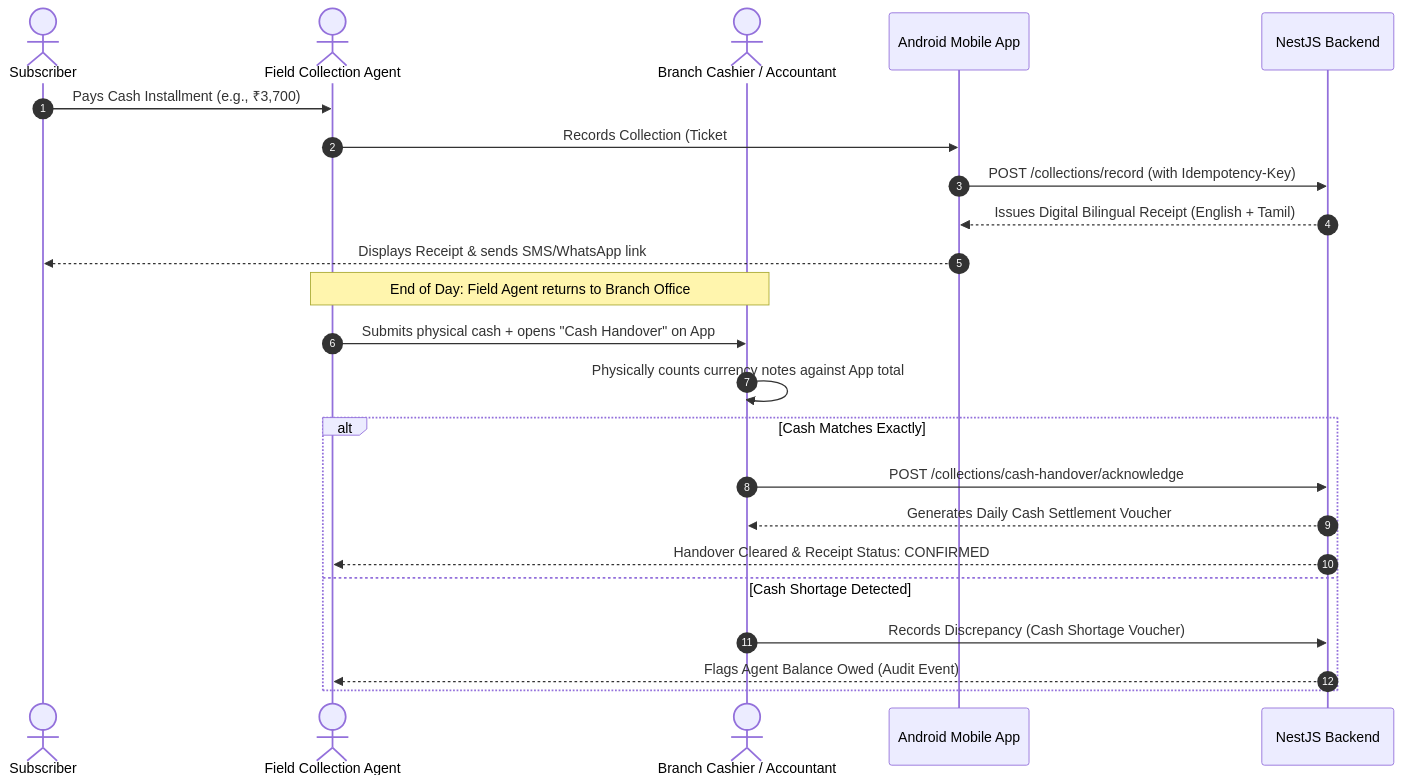
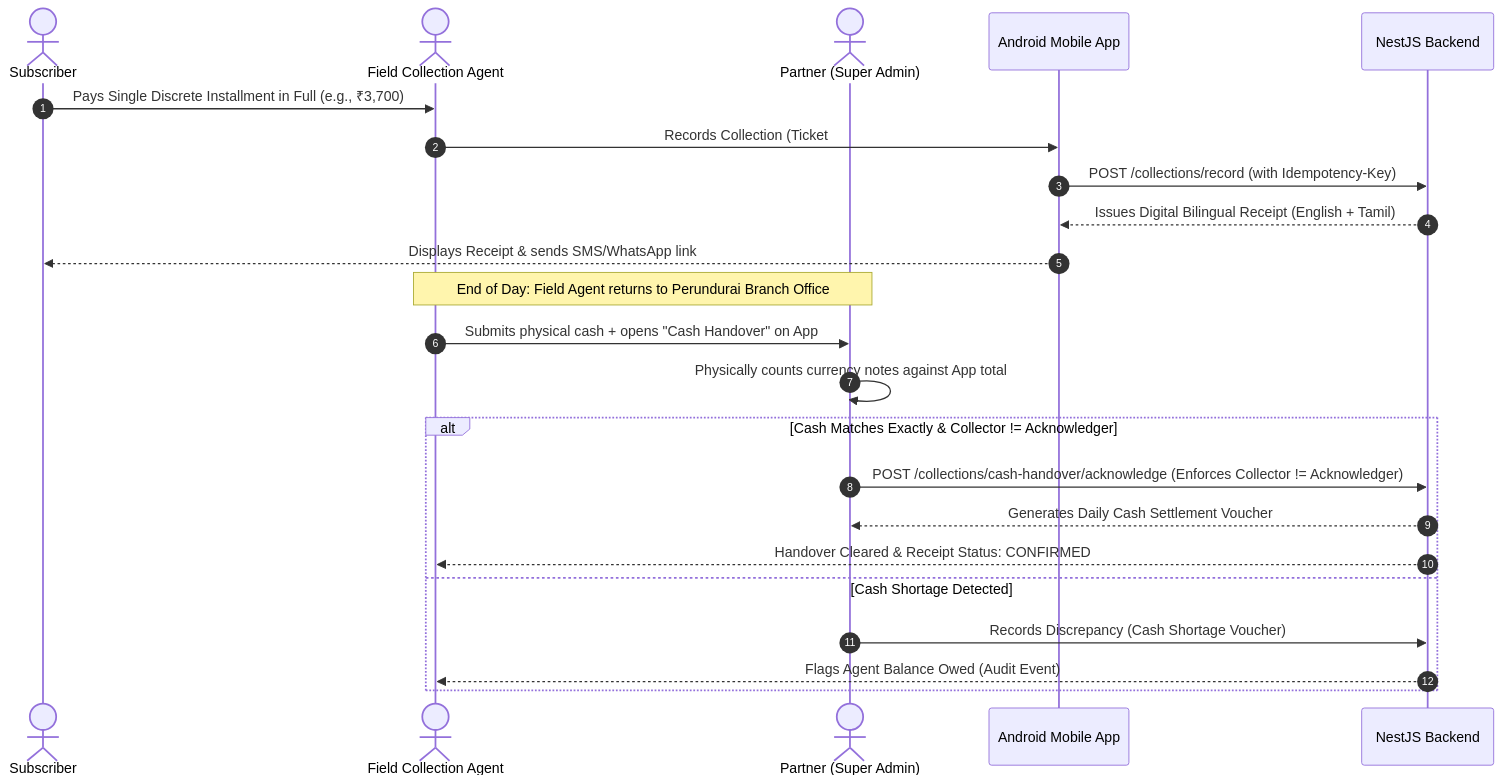
Before and after one commit to Kathir-24/Kumaran-finance: the first of 2 diagrams in docs/07-operations/operations-sop.md, drawn with Mermaid. The commit also changed other lines of this file and 1 other file, not shown here.

Commit message:
docs(operations): align SOPs with direct partner management, cash handover guard, zero partial payments, and safety proof recovery

````diff
--- a/docs/07-operations/operations-sop.md
+++ b/docs/07-operations/operations-sop.md
@@ -10,28 +10,28 @@
 ```mermaid
 sequenceDiagram
     autonumber
     actor Customer as Subscriber
     actor Agent as Field Collection Agent
-    actor Cashier as Branch Cashier / Accountant
+    actor Partner as Partner (Super Admin)
     participant App as Android Mobile App
     participant Server as NestJS Backend
 
-    Customer->>Agent: Pays Cash Installment (e.g., ₹3,700)
-    Agent->>App: Records Collection (Ticket #, Amount, Method: CASH)
+    Customer->>Agent: Pays Single Discrete Installment in Full (e.g., ₹3,700)
+    Agent->>App: Records Collection (Ticket #, Exact Amount, Method: CASH)
     App->>Server: POST /collections/record (with Idempotency-Key)
     Server-->>App: Issues Digital Bilingual Receipt (English + Tamil)
     App-->>Customer: Displays Receipt & sends SMS/WhatsApp link
 
-    Note over Agent,Cashier: End of Day: Field Agent returns to Branch Office
+    Note over Agent,Partner: End of Day: Field Agent returns to Perundurai Branch Office
 
-    Agent->>Cashier: Submits physical cash + opens "Cash Handover" on App
-    Cashier->>Cashier: Physically counts currency notes against App total
-    alt Cash Matches Exactly
-        Cashier->>Server: POST /collections/cash-handover/acknowledge
-        Server-->>Cashier: Generates Daily Cash Settlement Voucher
+    Agent->>Partner: Submits physical cash + opens "Cash Handover" on App
+    Partner->>Partner: Physically counts currency notes against App total
+    alt Cash Matches Exactly & Collector != Acknowledger
+        Partner->>Server: POST /collections/cash-handover/acknowledge (Enforces Collector != Acknowledger)
+        Server-->>Partner: Generates Daily Cash Settlement Voucher
         Server-->>Agent: Handover Cleared & Receipt Status: CONFIRMED
     else Cash Shortage Detected
-        Cashier->>Server: Records Discrepancy (Cash Shortage Voucher)
+        Partner->>Server: Records Discrepancy (Cash Shortage Voucher)
         Server-->>Agent: Flags Agent Balance Owed (Audit Event)
     end
 ```
````
